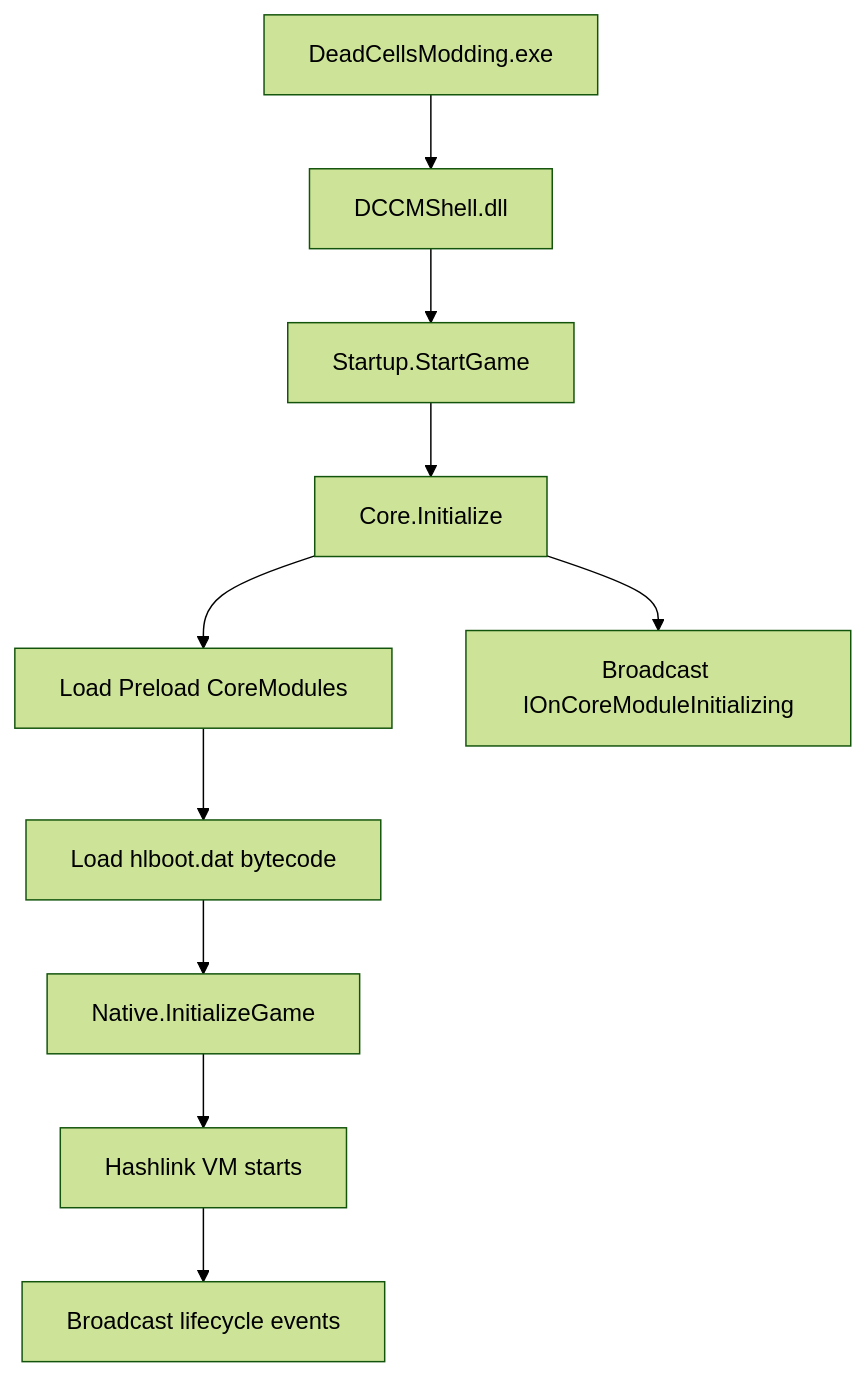
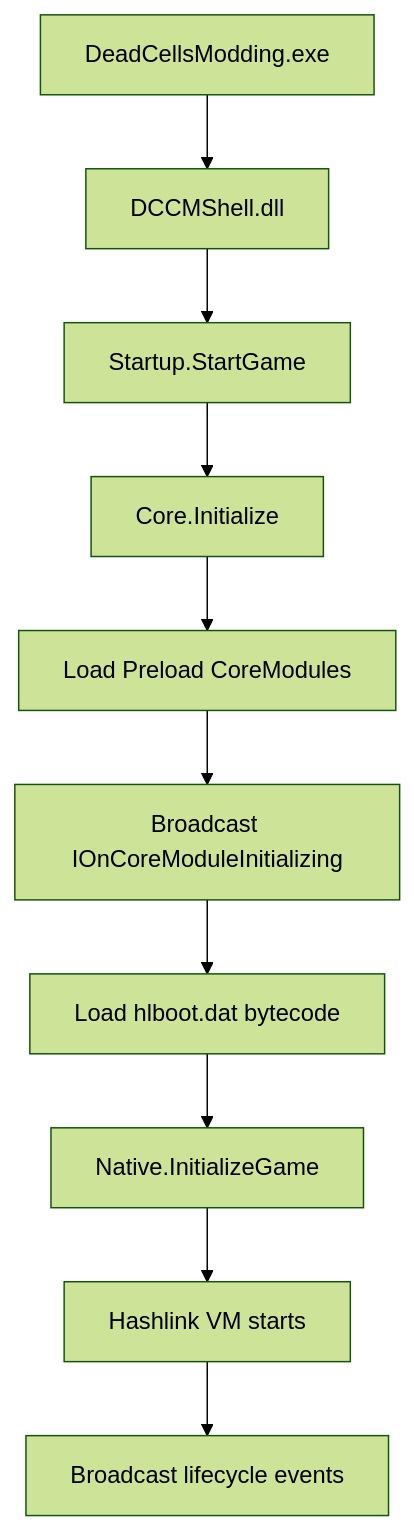
The diagram in docs/dev/architecture.md (dead-cells-core-modding/docs), drawn with Mermaid (forest theme) before and after one commit. The commit also changed other lines of this file and 33 other files, not shown here.

````diff
--- a/docs/dev/architecture.md
+++ b/docs/dev/architecture.md
@@ -11,12 +11,12 @@
 ```mermaid
 flowchart TD
     A[DeadCellsModding.exe] --> B[DCCMShell.dll]
     B --> C[Startup.StartGame]
     C --> D[Core.Initialize]
     D --> E[Load Preload CoreModules]
-    D --> F[Broadcast IOnCoreModuleInitializing]
-    E --> G[Load hlboot.dat bytecode]
+    E --> F[Broadcast IOnCoreModuleInitializing]
+    F --> G[Load hlboot.dat bytecode]
     G --> H[Native.InitializeGame]
     H --> I[Hashlink VM starts]
     I --> J[Broadcast lifecycle events]
 ```
````
